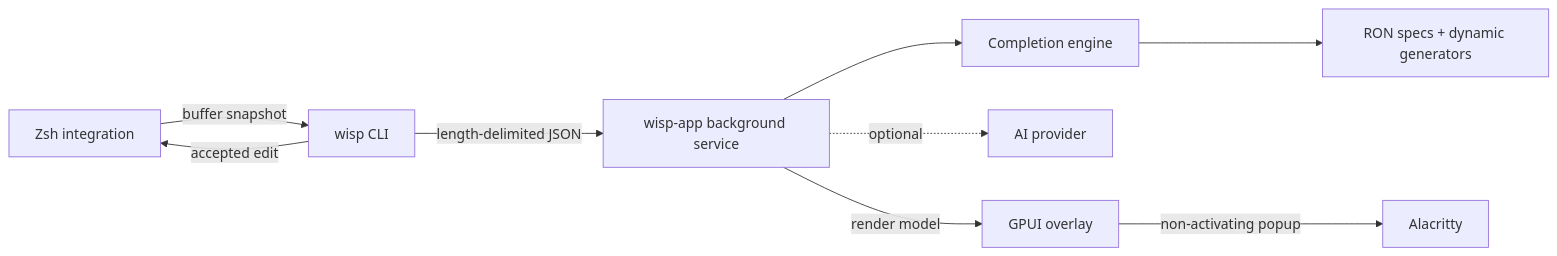
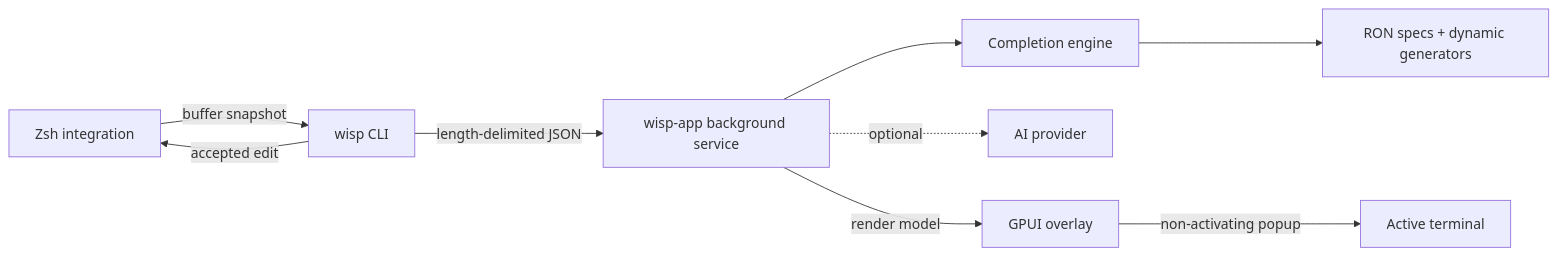
Before and after one commit to yoogoc/wisp: the diagram in README.md, drawn with Mermaid. The commit also changed other lines of this file and 11 other files, not shown here.

````diff
--- a/README.md
+++ b/README.md
@@ -145,11 +145,11 @@
 ```mermaid
 flowchart LR
     Z[Zsh integration] -->|buffer snapshot| C[wisp CLI]
     C -->|length-delimited JSON| D[wisp-app background service]
     D --> E[Completion engine]
     D -. optional .-> A[AI provider]
     E --> S[RON specs + dynamic generators]
     D -->|render model| O[GPUI overlay]
-    O -->|non-activating popup| T[Alacritty]
+    O -->|non-activating popup| T[Active terminal]
     C -->|accepted edit| Z
 ```
````
